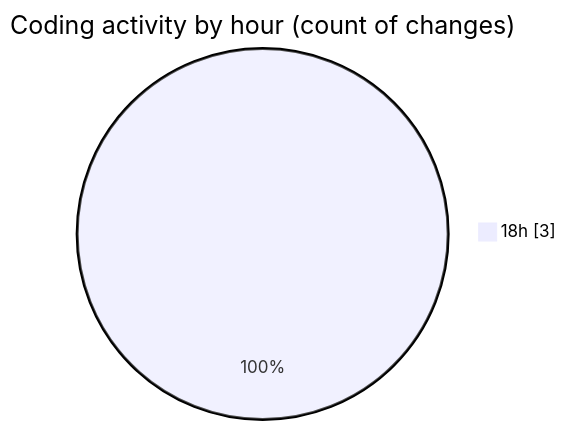
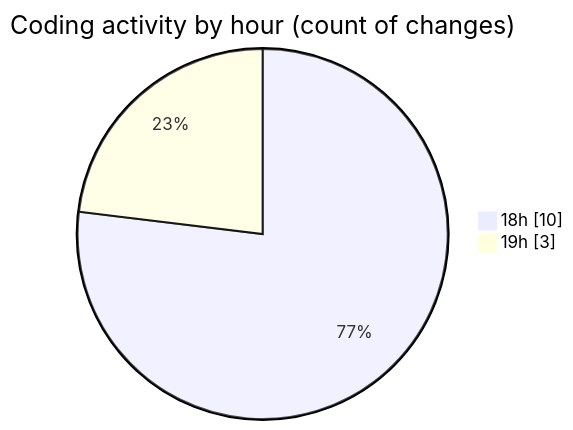
Before and after one commit to Netris89/code-tracking: the second of 2 diagrams in 2025-03-29/back-end/README.md, drawn with Mermaid. The commit also changed other lines of this file and 1 other file, not shown here.

````diff
--- a/2025-03-29/back-end/README.md
+++ b/2025-03-29/back-end/README.md
@@ -28,5 +28,6 @@
 ```mermaid
 pie showData
 title Coding activity by hour (count of changes)
-"18h" : 3
+"18h" : 10
+"19h" : 3
 ```
````
